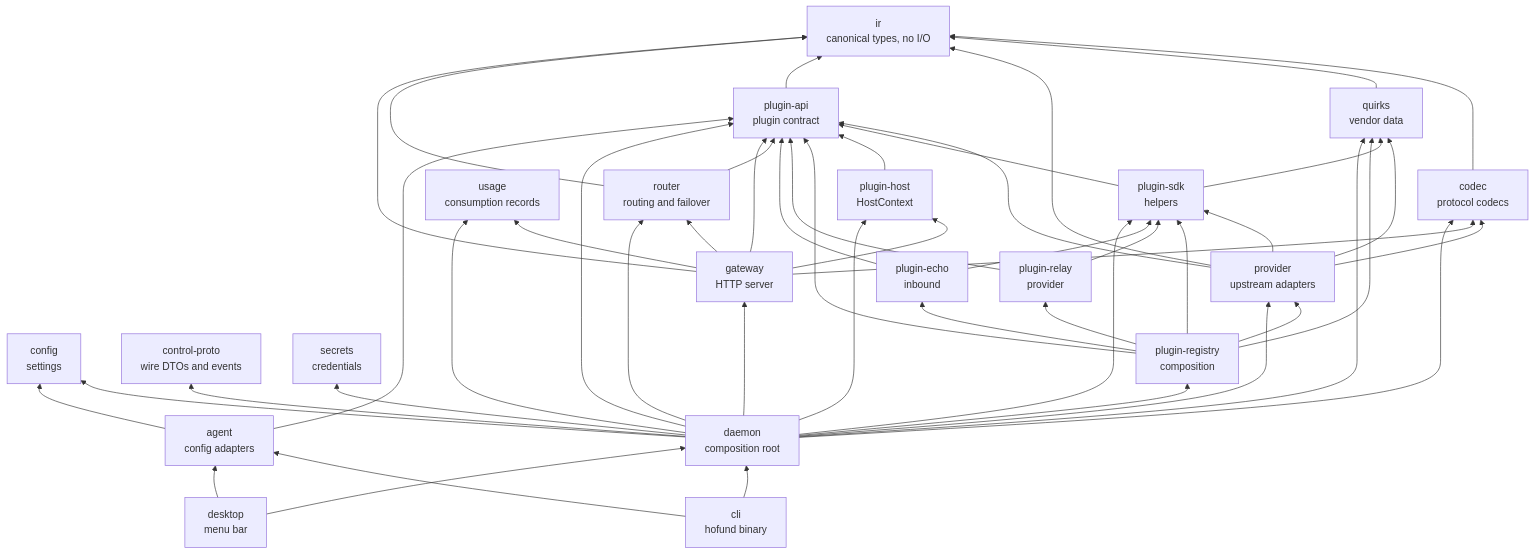
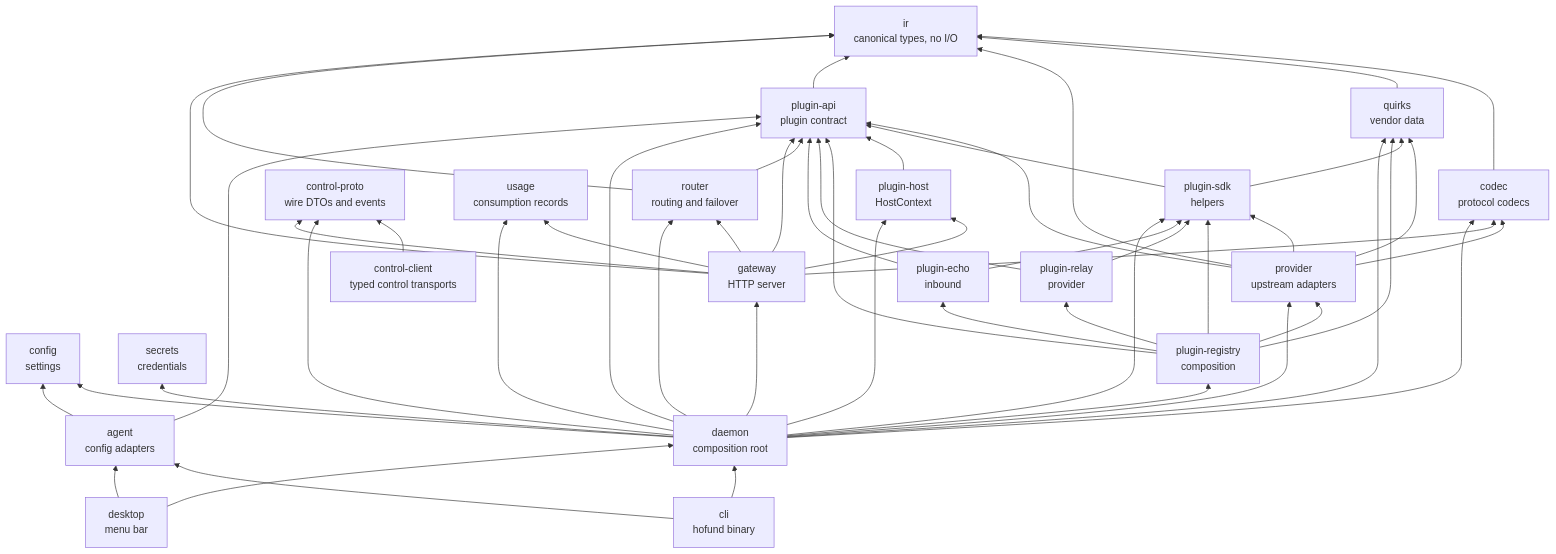
The diagram in docs/architecture.md (logibricks-io/open-heimdall-hofund), drawn with Mermaid before and after one commit. The commit also changed other lines of this file and 16 other files, not shown here.

Commit message:
control: add loopback TCP control listener, auth and Host/Origin defenses, health and status, TCP control client (L3)

````diff
--- a/docs/architecture.md
+++ b/docs/architecture.md
@@ -37,72 +37,75 @@
 ```mermaid
 flowchart BT
   ir["ir<br/>canonical types, no I/O"]
   codec["codec<br/>protocol codecs"]
   quirks["quirks<br/>vendor data"]
   provider["provider<br/>upstream adapters"]
   router["router<br/>routing and failover"]
   config["config<br/>settings"]
+  controlClient["control-client<br/>typed control transports"]
   controlProto["control-proto<br/>wire DTOs and events"]
+  controlClient --> controlProto
   daemon --> controlProto
+  gateway --> controlProto
   secrets["secrets<br/>credentials"]
   usage["usage<br/>consumption records"]
   agent["agent<br/>config adapters"]
   pluginApi["plugin-api<br/>plugin contract"]
   pluginSdk["plugin-sdk<br/>helpers"]
   pluginHost["plugin-host<br/>HostContext"]
   pluginRegistry["plugin-registry<br/>composition"]
   pluginRelay["plugin-relay<br/>provider"]
   pluginEcho["plugin-echo<br/>inbound"]
   gateway["gateway<br/>HTTP server"]
   daemon["daemon<br/>composition root"]
   cli["cli<br/>hofund binary"]
   desktop["desktop<br/>menu bar"]
 
   codec --> ir
   quirks --> ir
   provider --> codec
   provider --> ir
   provider --> quirks
   provider --> pluginApi
   provider --> pluginSdk
   pluginApi --> ir
   pluginSdk --> pluginApi
   pluginSdk --> quirks
   pluginHost --> pluginApi
   pluginRegistry --> pluginApi
   pluginRegistry --> pluginSdk
   pluginRegistry --> pluginRelay
   pluginRegistry --> pluginEcho
   pluginRegistry --> provider
   pluginRegistry --> quirks
   pluginRelay --> pluginApi
   pluginRelay --> pluginSdk
   pluginEcho --> pluginApi
   pluginEcho --> pluginSdk
   router --> pluginApi
   router --> ir
   gateway --> router
   gateway --> codec
   gateway --> ir
   gateway --> usage
   gateway --> pluginApi
   gateway --> pluginHost
   daemon --> gateway
   daemon --> config
   daemon --> secrets
   daemon --> provider
   daemon --> codec
   daemon --> quirks
   daemon --> router
   daemon --> pluginApi
   daemon --> pluginHost
   daemon --> pluginRegistry
   daemon --> pluginSdk
   daemon --> usage
   agent --> config
   agent --> pluginApi
   cli --> daemon
   cli --> agent
   desktop --> daemon
   desktop --> agent
 ```
````
